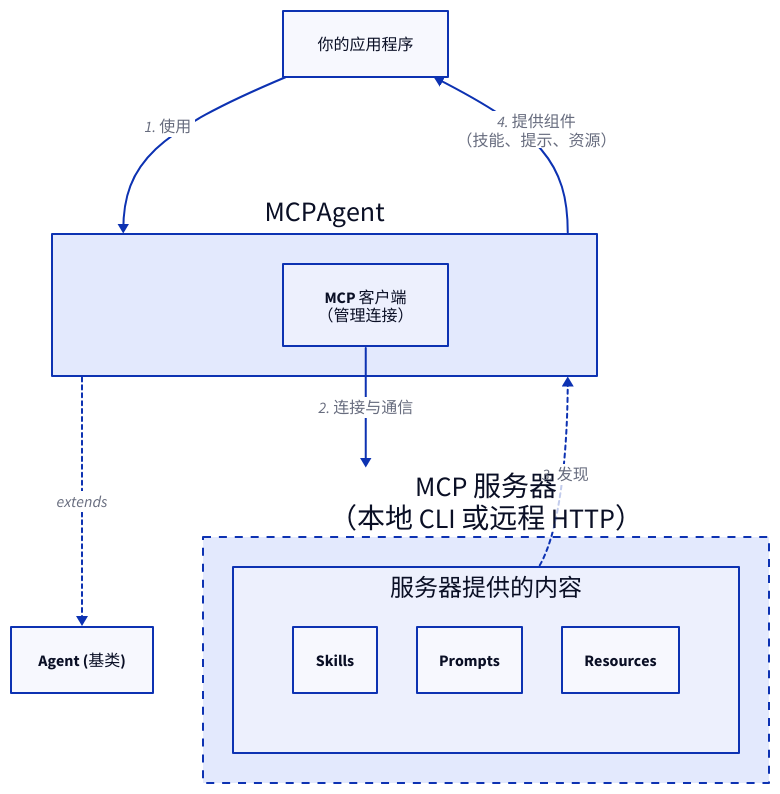
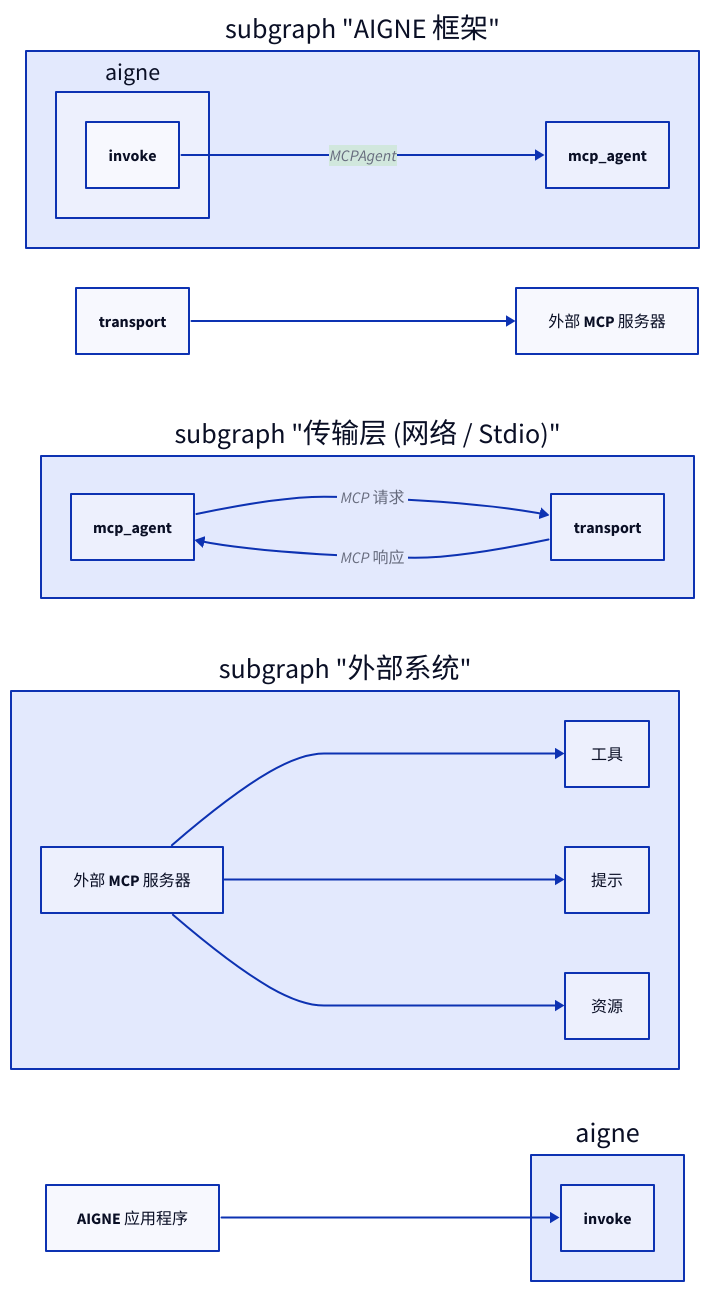
The diagram in .aigne/doc-smith/docs/developer-guide-agents-mcp-agent.zh.md (AIGNE-io/aigne-framework), drawn with D2 before and after one commit. The commit also changed other lines of this file and 191 other files, not shown here.

````diff
--- a/.aigne/doc-smith/docs/developer-guide-agents-mcp-agent.zh.md
+++ b/.aigne/doc-smith/docs/developer-guide-agents-mcp-agent.zh.md
@@ -20,46 +16,28 @@
 ```d2
-direction: down
-
-Application: {
-  label: "你的应用程序"
-  shape: rectangle
+direction: right
+style: {
+  font-size: 14
 }
 
-MCPAgent: {
-  label: "MCPAgent"
-  shape: rectangle
+"AIGNE 应用程序" -> aigne.invoke
 
-  MCP-Client: {
-    label: "MCP 客户端\n（管理连接）"
+subgraph "AIGNE 框架" {
+  aigne.invoke -> mcp_agent: "MCPAgent" {
+    shape: hexagon
+    style.fill: "#D1E7DD"
   }
 }
 
-Agent-Base: {
-  label: "Agent (基类)"
+subgraph "传输层 (网络 / Stdio)" {
+  mcp_agent -> transport: "MCP 请求"
+  transport -> mcp_agent: "MCP 响应"
 }
 
-MCP-Server: {
-  label: "MCP 服务器\n（本地 CLI 或远程 HTTP）"
-  shape: rectangle
-  style.stroke-dash: 4
+transport -> "外部 MCP 服务器"
 
-  Server-Offerings: {
-    label: "服务器提供的内容"
-    grid-columns: 3
-    Skills: {}
-    Prompts: {}
-    Resources: {}
-  }
+subgraph "外部系统" {
+ "外部 MCP 服务器" -> "工具"
+ "外部 MCP 服务器" -> "提示"
+ "外部 MCP 服务器" -> "资源"
 }
-
-Application -> MCPAgent: "1. 使用"
-MCPAgent -> Agent-Base: "extends" {
-  style.stroke-dash: 2
-}
-MCPAgent.MCP-Client -> MCP-Server: "2. 连接与通信"
-MCP-Server.Server-Offerings -> MCPAgent: "3. 发现" {
-  style.stroke-dash: 2
-}
-MCPAgent -> Application: "4. 提供组件\n（技能、提示、资源）"
-
 ```
````
